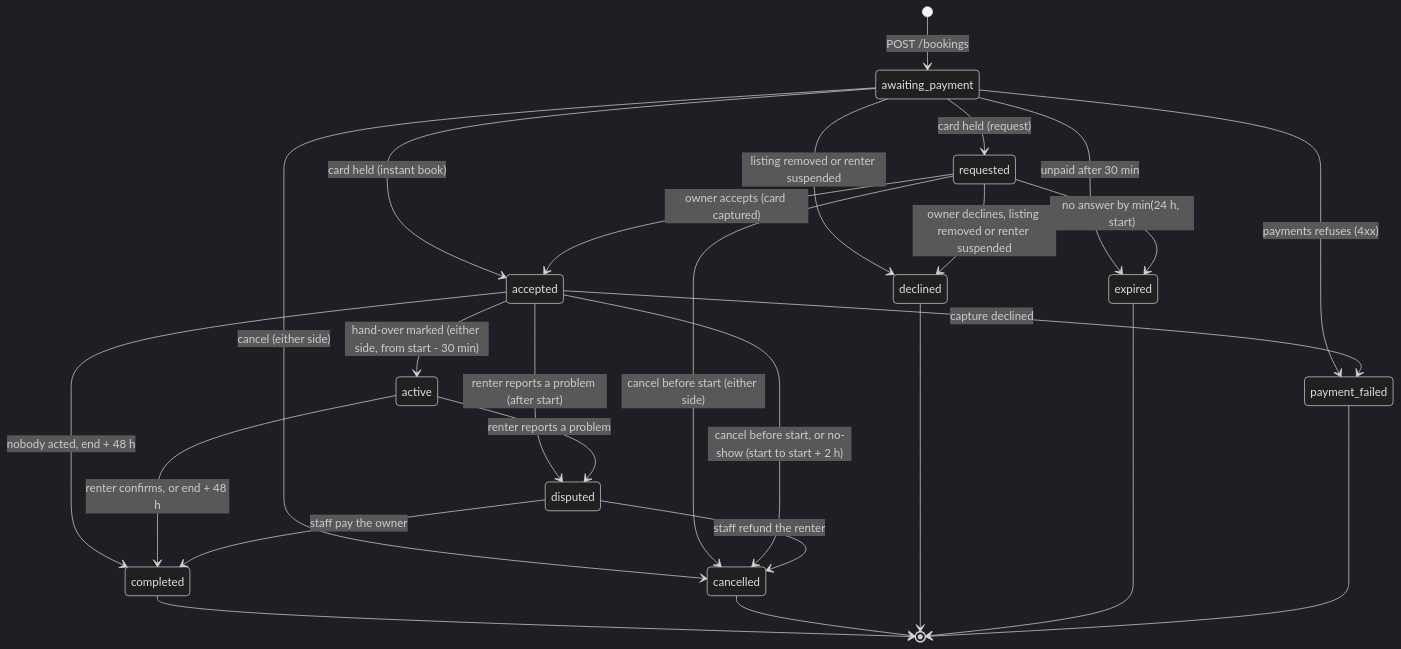
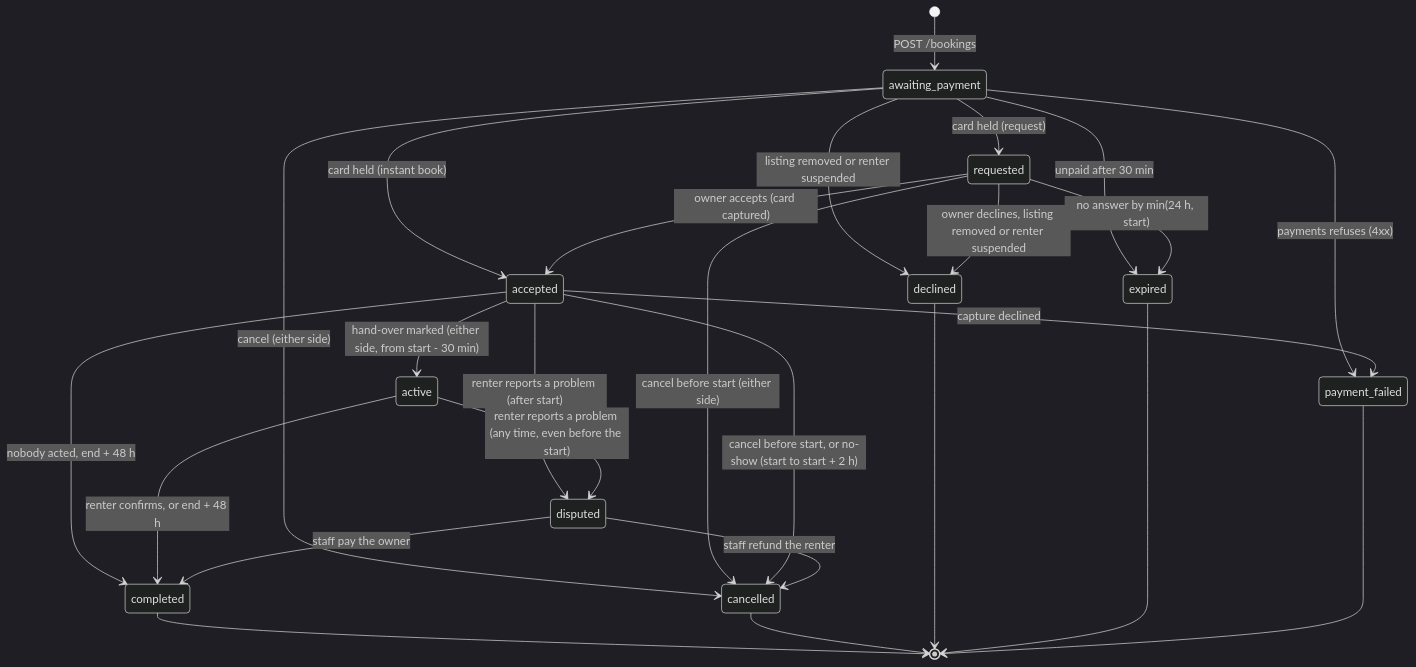
One commit to Tunisian-Automation-Group/R_Management changed the second of 4 diagrams in docs/FLOWS.md. Above: the diagram before and after it, drawn with Mermaid (dark theme). The commit also changed other lines of this file and 4 other files, not shown here.

````diff
--- a/docs/FLOWS.md
+++ b/docs/FLOWS.md
@@ -564,28 +611,28 @@
 ```mermaid
 stateDiagram-v2
   [*] --> awaiting_payment: POST /bookings
   awaiting_payment --> requested: card held (request)
   awaiting_payment --> accepted: card held (instant book)
   awaiting_payment --> payment_failed: payments refuses (4xx)
   awaiting_payment --> expired: unpaid after 30 min
   awaiting_payment --> cancelled: cancel (either side)
   awaiting_payment --> declined: listing removed or renter suspended
   requested --> accepted: owner accepts (card captured)
   requested --> declined: owner declines, listing removed or renter suspended
   requested --> expired: no answer by min(24 h, start)
   requested --> cancelled: cancel before start (either side)
   accepted --> active: hand-over marked (either side, from start - 30 min)
   accepted --> cancelled: cancel before start, or no-show (start to start + 2 h)
   accepted --> payment_failed: capture declined
   accepted --> disputed: renter reports a problem (after start)
   accepted --> completed: nobody acted, end + 48 h
   active --> completed: renter confirms, or end + 48 h
-  active --> disputed: renter reports a problem
+  active --> disputed: renter reports a problem (any time, even before the start)
   disputed --> completed: staff pay the owner
   disputed --> cancelled: staff refund the renter
   completed --> [*]
   cancelled --> [*]
   declined --> [*]
   expired --> [*]
   payment_failed --> [*]
 ```
````
